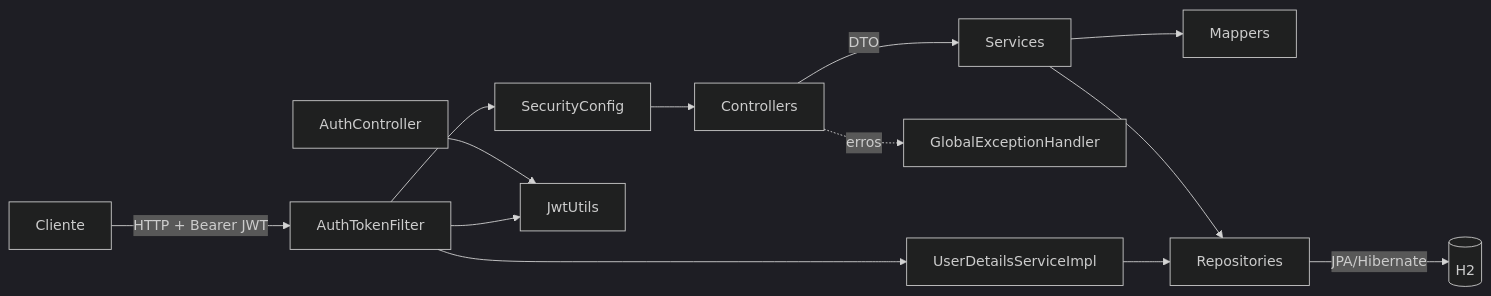
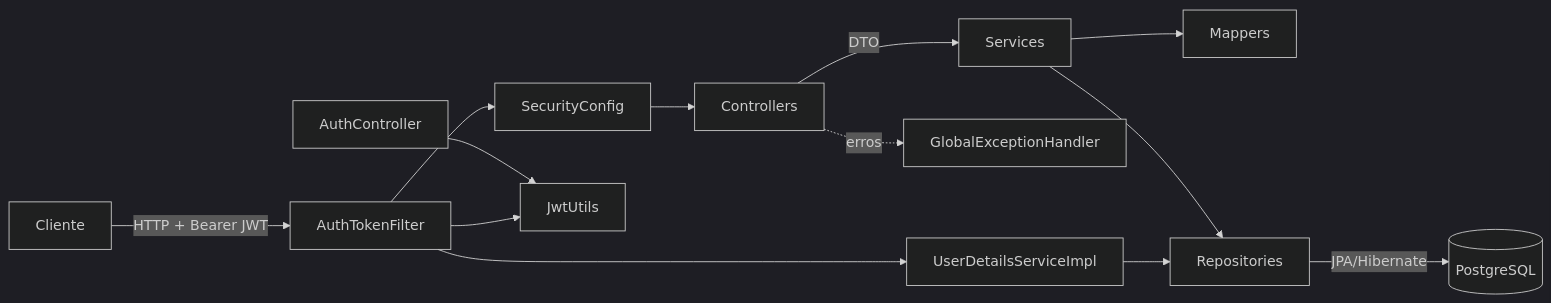
One commit to josewilson/Atividade-CRUD_Projeto_Techback changed the first of 2 diagrams in README.md. Above: the diagram before and after it, drawn with Mermaid (dark theme). The commit also changed other lines of this file, not shown here.

````diff
--- a/README.md
+++ b/README.md
@@ -25,14 +25,14 @@
 ```mermaid
 flowchart LR
     C[Cliente] -->|HTTP + Bearer JWT| F[AuthTokenFilter]
     F --> SC[SecurityConfig]
     SC --> CT[Controllers]
     CT -->|DTO| SV[Services]
     SV --> MP[Mappers]
     SV --> RP[Repositories]
-    RP -->|JPA/Hibernate| DB[(H2)]
+    RP -->|JPA/Hibernate| DB[(PostgreSQL)]
     CT -. erros .-> EH[GlobalExceptionHandler]
     AC[AuthController] --> JU[JwtUtils]
     F --> JU
     F --> UD[UserDetailsServiceImpl] --> RP
 ```
````
